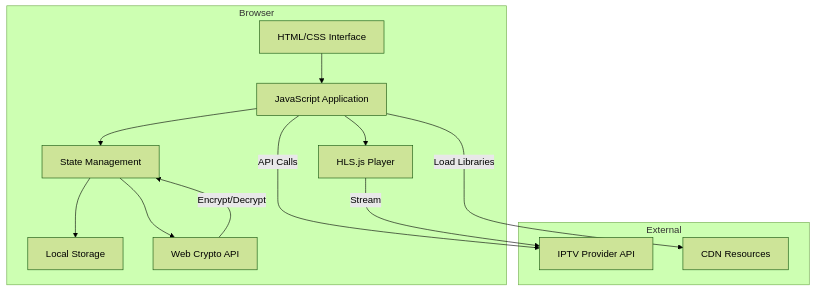
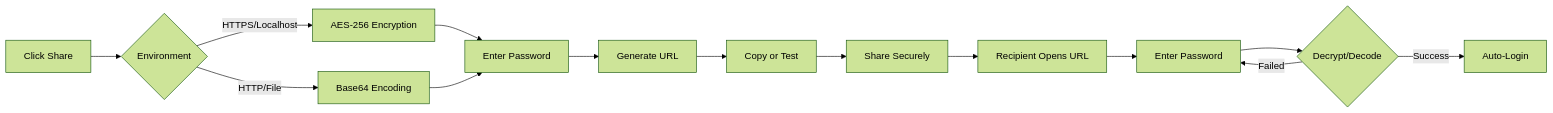
The fourth of 4 diagrams in README.md (xsukax/xsukax-IPTV-Player), drawn with Mermaid (forest theme) before and after one commit. The commit also changed other lines of this file, not shown here.

````diff
--- a/README.md
+++ b/README.md
@@ -241,20 +226,16 @@
 ```mermaid
-graph TB
-    subgraph Browser
-        A[HTML/CSS Interface] --> B[JavaScript Application]
-        B --> C[State Management]
-        C --> D[Local Storage]
-        C --> E[Web Crypto API]
-        B --> F[HLS.js Player]
-    end
-    
-    subgraph External
-        G[IPTV Provider API]
-        H[CDN Resources]
-    end
-    
-    B -->|API Calls| G
-    B -->|Load Libraries| H
-    F -->|Stream| G
-    E -->|Encrypt/Decrypt| C
+graph LR
+    A[Click Share] --> B{Environment}
+    B -->|HTTPS/Localhost| C[AES-256 Encryption]
+    B -->|HTTP/File| D[Base64 Encoding]
+    C --> E[Enter Password]
+    D --> E
+    E --> F[Generate URL]
+    F --> G[Copy or Test]
+    G --> H[Share Securely]
+    H --> I[Recipient Opens URL]
+    I --> J[Enter Password]
+    J --> K{Decrypt/Decode}
+    K -->|Success| L[Auto-Login]
+    K -->|Failed| J
 ```
````
